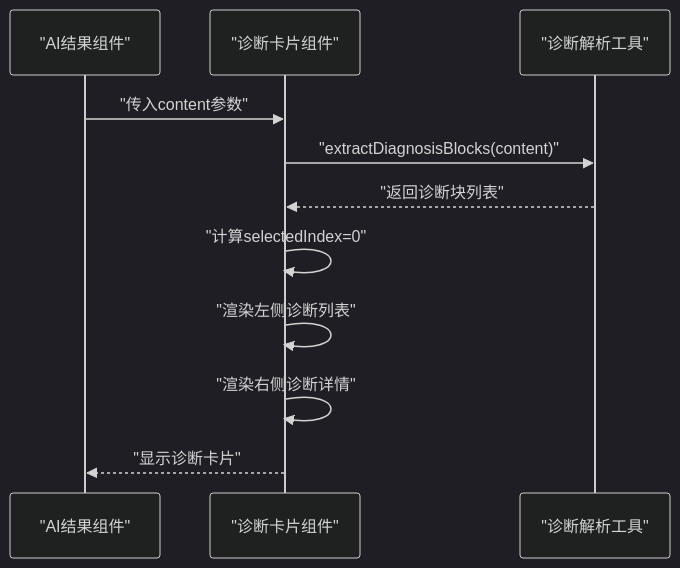
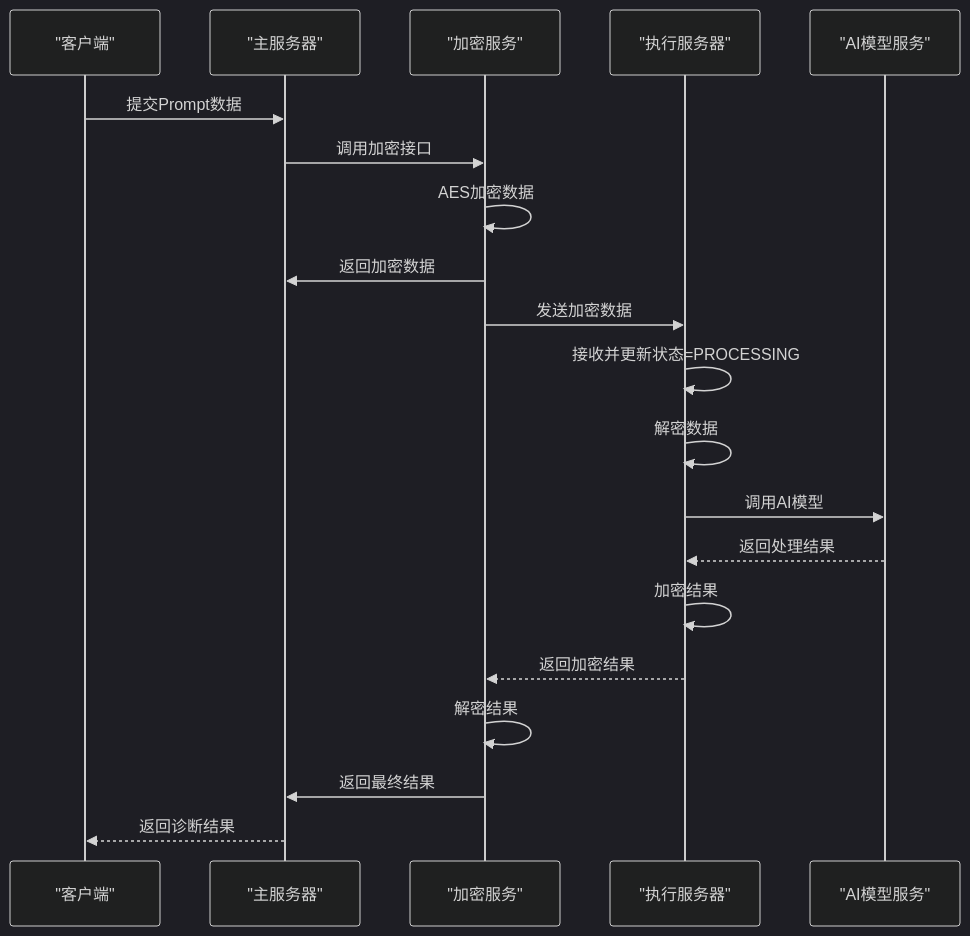
Before and after one commit to liuzh2008/med_ai_assistant_workspace: the fifth of 6 diagrams in .qoder/repowiki/zh/content/核心功能模块/AI诊断辅助系统.md, drawn with Mermaid (dark theme). The commit also changed other lines of this file and 5 other files, not shown here.

````diff
--- a/.qoder/repowiki/zh/content/核心功能模块/AI诊断辅助系统.md
+++ b/.qoder/repowiki/zh/content/核心功能模块/AI诊断辅助系统.md
@@ -988,13 +250,22 @@
 ```mermaid
 sequenceDiagram
-participant AIResults as "AI结果组件"
-participant DiagnosisCard as "诊断卡片组件"
-participant DiagnosisParser as "诊断解析工具"
-AIResults->>DiagnosisCard : "传入content参数"
-DiagnosisCard->>DiagnosisParser : "extractDiagnosisBlocks(content)"
-DiagnosisParser-->>DiagnosisCard : "返回诊断块列表"
-DiagnosisCard->>DiagnosisCard : "计算selectedIndex=0"
-DiagnosisCard->>DiagnosisCard : "渲染左侧诊断列表"
-DiagnosisCard->>DiagnosisCard : "渲染右侧诊断详情"
-DiagnosisCard-->>AIResults : "显示诊断卡片"
+participant Client as "客户端"
+participant Main as "主服务器"
+participant Encrypt as "加密服务"
+participant Exec as "执行服务器"
+participant AI as "AI模型服务"
+Client->>Main : 提交Prompt数据
+Main->>Encrypt : 调用加密接口
+Encrypt->>Encrypt : AES加密数据
+Encrypt->>Main : 返回加密数据
+Encrypt->>Exec : 发送加密数据
+Exec->>Exec : 接收并更新状态=PROCESSING
+Exec->>Exec : 解密数据
+Exec->>AI : 调用AI模型
+AI-->>Exec : 返回处理结果
+Exec->>Exec : 加密结果
+Exec-->>Encrypt : 返回加密结果
+Encrypt->>Encrypt : 解密结果
+Encrypt->>Main : 返回最终结果
+Main-->>Client : 返回诊断结果
 ```
````
